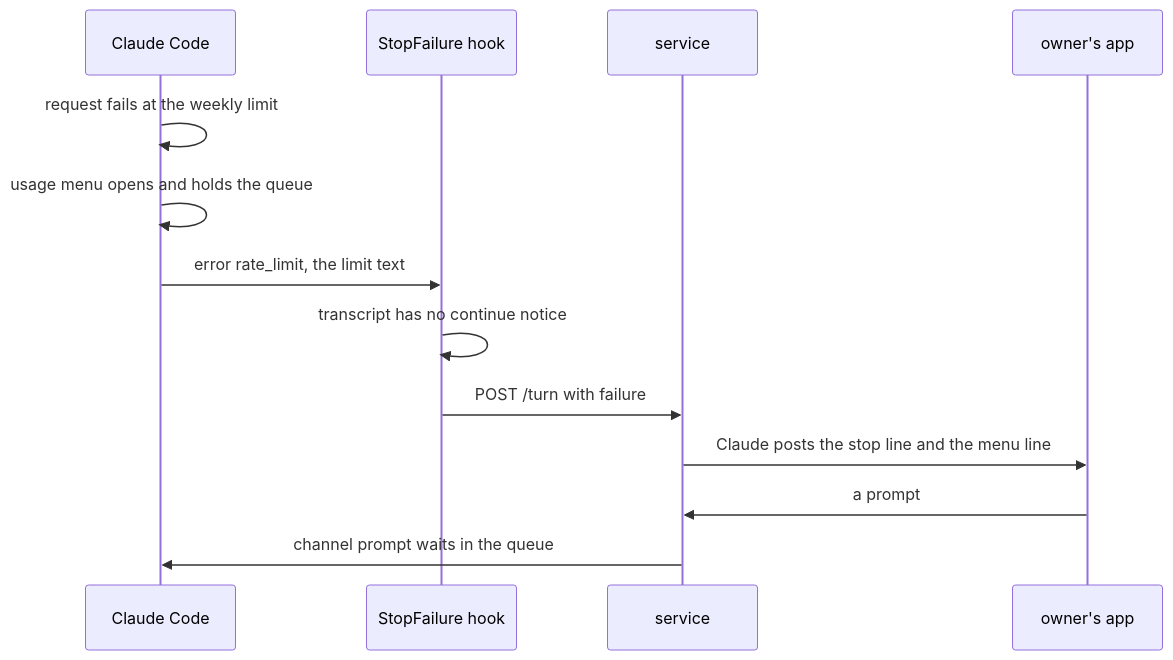
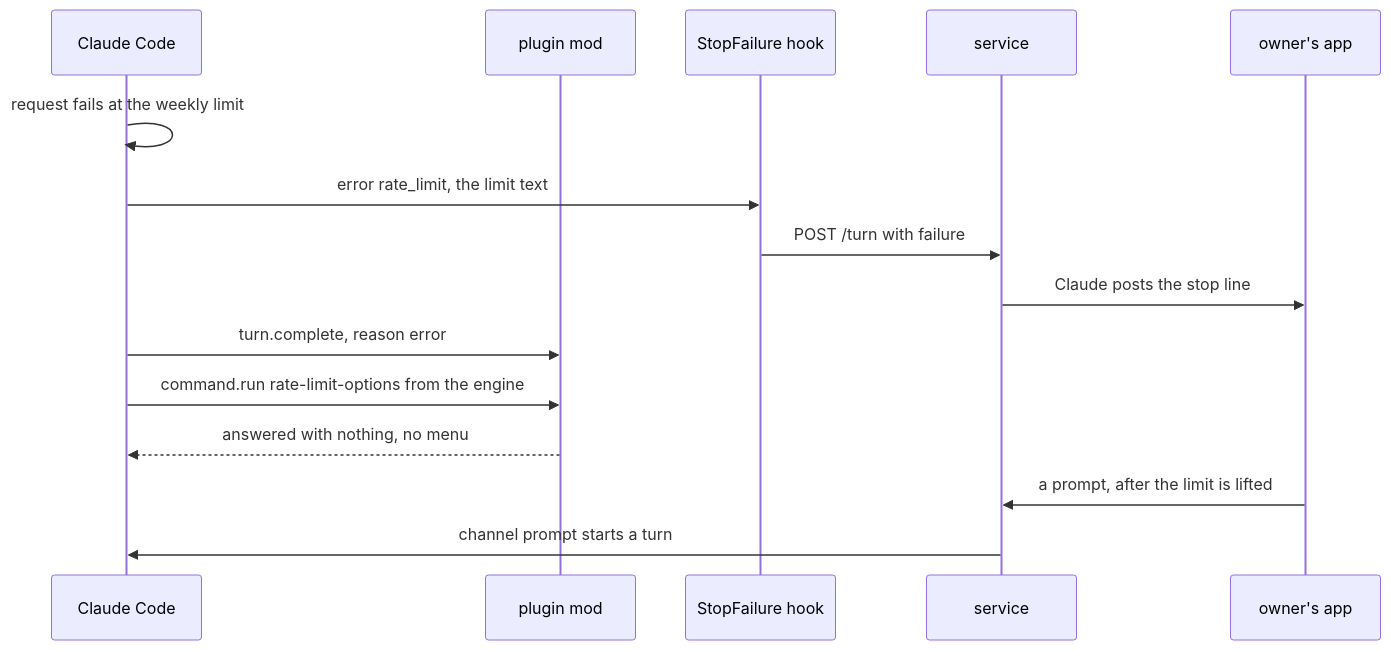
Before and after one commit to evgeny-simplex/simplex-chat: the first of 7 diagrams in plans/2026-11-13-mcp-unblock.md, drawn with Mermaid. The commit also changed other lines of this file, not shown here.

Commit message:
plan: mcp-unblock, events per state, a mod for the usage menu

````diff
--- a/plans/2026-11-13-mcp-unblock.md
+++ b/plans/2026-11-13-mcp-unblock.md
@@ -190,15 +220,17 @@
 ```mermaid
 sequenceDiagram
   participant CC as Claude Code
+  participant M as plugin mod
   participant H as StopFailure hook
   participant D as service
   participant O as owner's app
   CC->>CC: request fails at the weekly limit
-  CC->>CC: usage menu opens and holds the queue
   CC->>H: error rate_limit, the limit text
-  H->>H: transcript has no continue notice
   H->>D: POST /turn with failure
-  D->>O: Claude posts the stop line and the menu line
-  O->>D: a prompt
-  D->>CC: channel prompt waits in the queue
+  D->>O: Claude posts the stop line
+  CC->>M: turn.complete, reason error
+  CC->>M: command.run rate-limit-options from the engine
+  M-->>CC: answered with nothing, no menu
+  O->>D: a prompt, after the limit is lifted
+  D->>CC: channel prompt starts a turn
 ```
````
